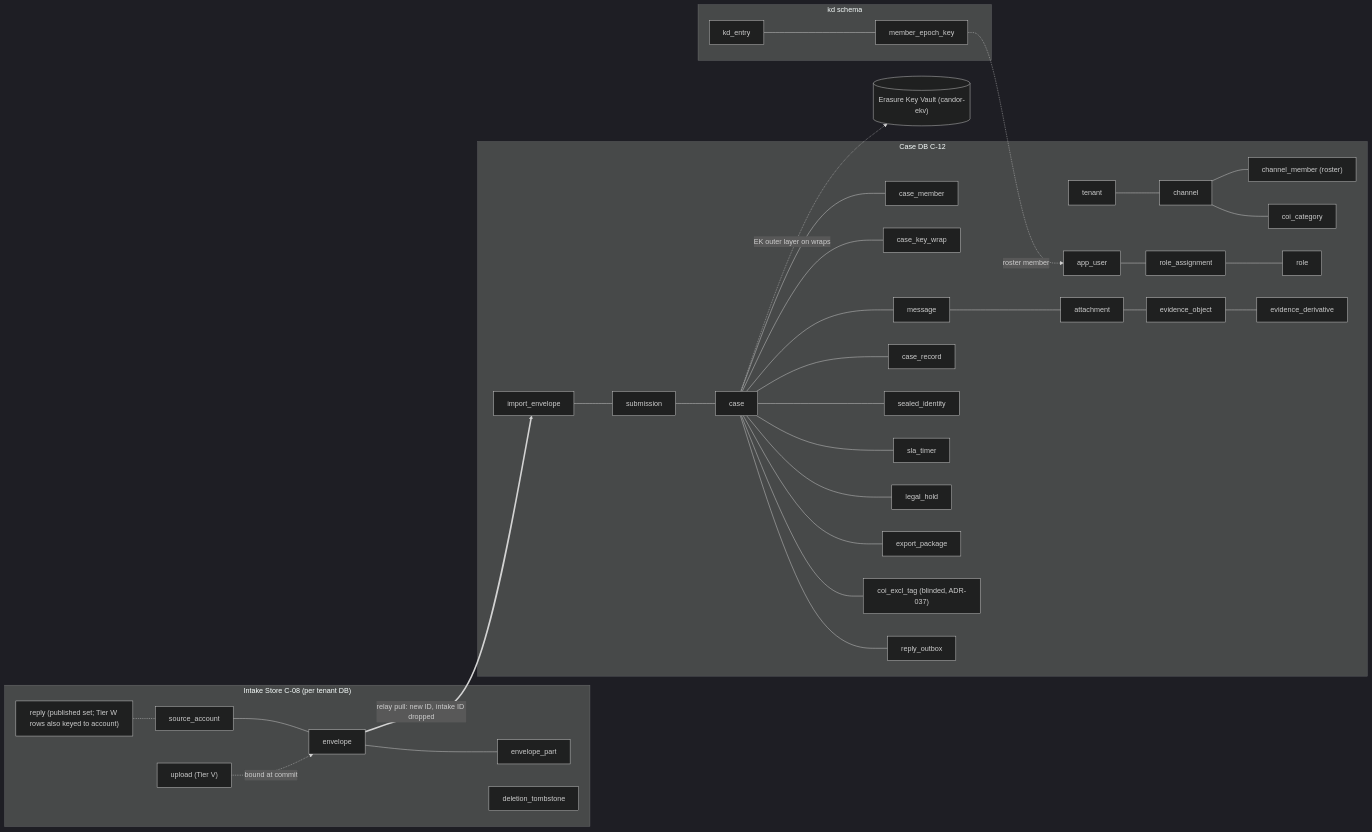
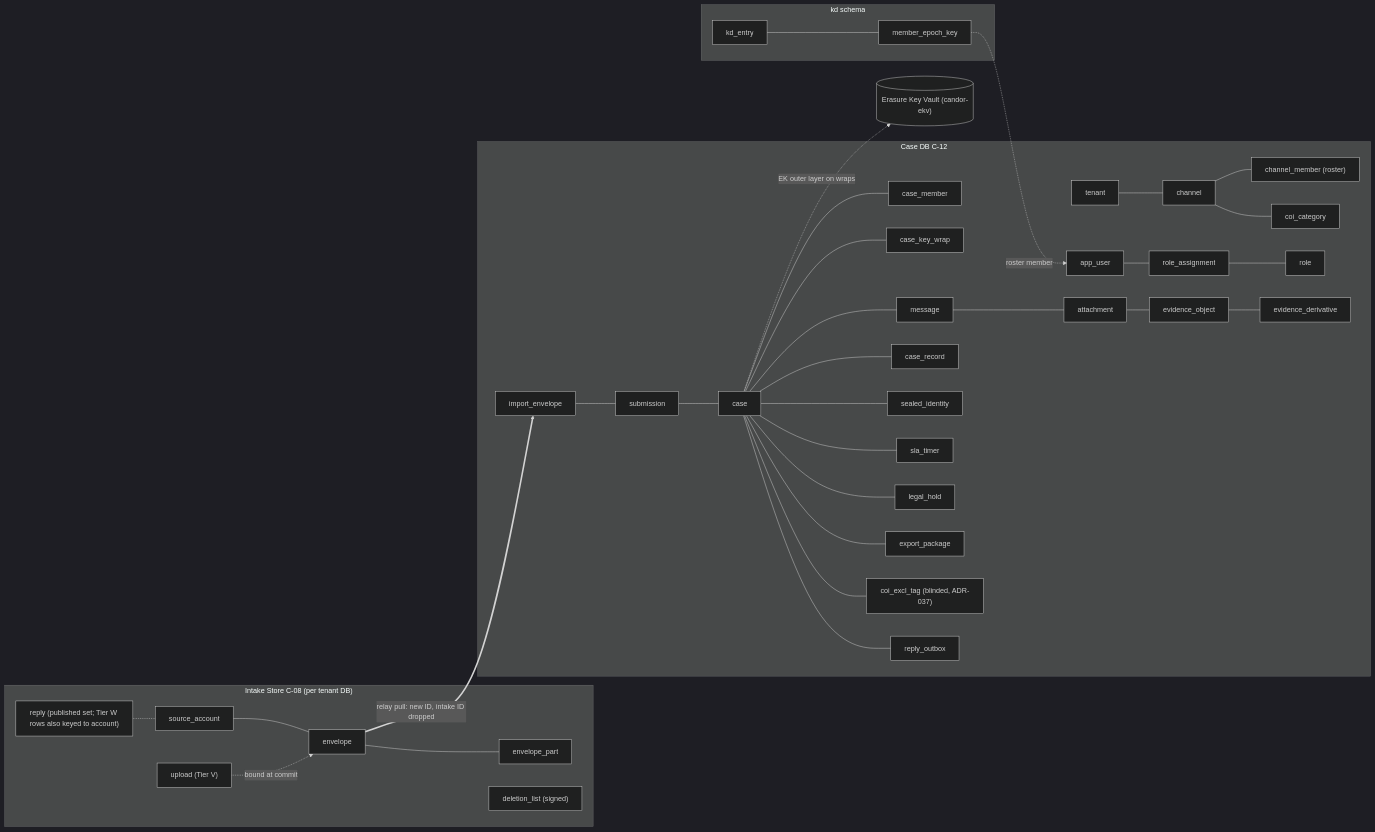
One commit to djshellshoxxx/leaks changed the diagram in specs/09-DATABASE.md. Above: the diagram before and after it, drawn with Mermaid (dark theme). The commit also changed other lines of this file and 28 other files, not shown here.

````diff
--- a/specs/09-DATABASE.md
+++ b/specs/09-DATABASE.md
@@ -49,34 +49,34 @@
 ```mermaid
 flowchart LR
   subgraph INTAKE["Intake Store C-08 (per tenant DB)"]
     SA["source_account"] --- ENV["envelope"]
     ENV --- EP["envelope_part"]
     RP["reply (published set; Tier W rows also keyed to account)"] -.- SA
-    TS["deletion_tombstone"]
+    TS["deletion_list (signed)"]
     UP["upload (Tier V)"] -.->|"bound at commit"| ENV
   end
   ENV == "relay pull: new ID, intake ID dropped" ==> IE
   subgraph CORE["Case DB C-12"]
     T["tenant"] --- CH["channel"]
     CH --- CM["channel_member (roster)"]
     CH --- COI["coi_category"]
     U["app_user"] --- RA["role_assignment"] --- R["role"]
     IE["import_envelope"] --- SUB["submission"] --- C["case"]
     C --- ACL["case_member"]
     C --- W["case_key_wrap"]
     C --- MSG["message"] --- ATT["attachment"] --- EO["evidence_object"]
     EO --- ED["evidence_derivative"]
     C --- REC["case_record"]
     C --- SI["sealed_identity"]
     C --- ST["sla_timer"]
     C --- LH["legal_hold"]
     C --- EX["export_package"]
     C --- CX["coi_excl_tag (blinded, ADR-037)"]
     C --- RO["reply_outbox"]
   end
   subgraph KD["kd schema"]
     KE["kd_entry"] --- MEK["member_epoch_key"]
   end
   MEK -.->|"roster member"| U
   C -.->|"EK outer layer on wraps"| EKV[("Erasure Key Vault (candor-ekv)")]
 ```
````
